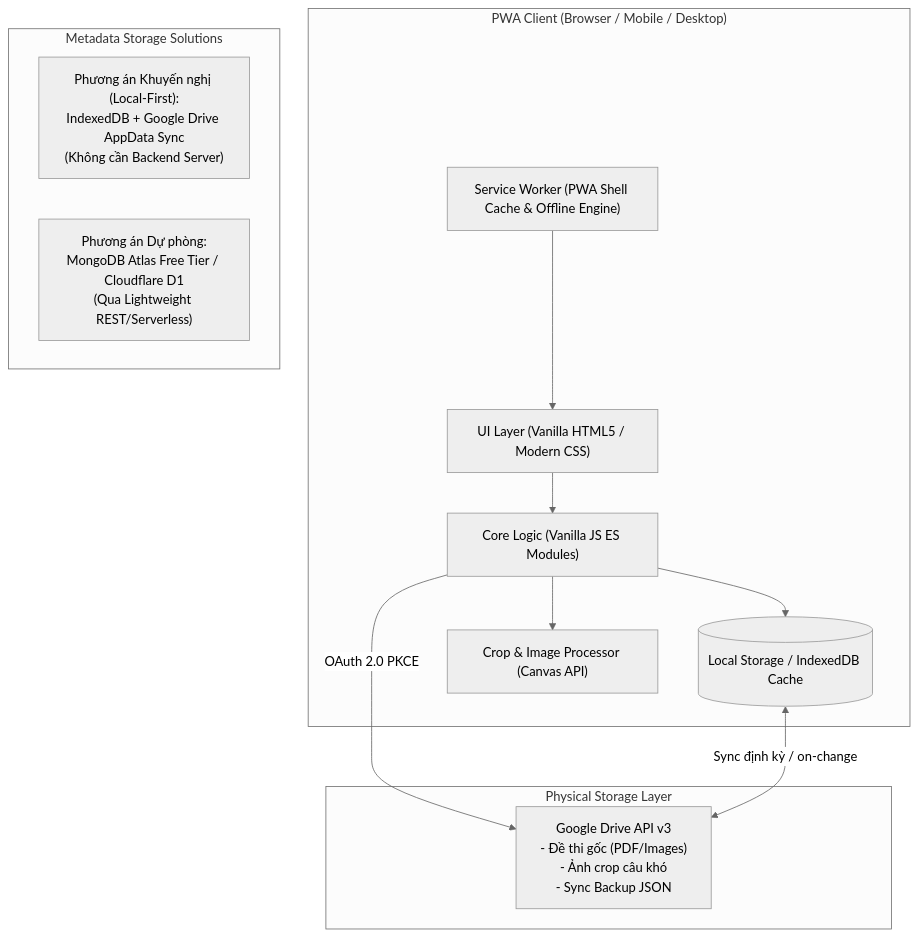
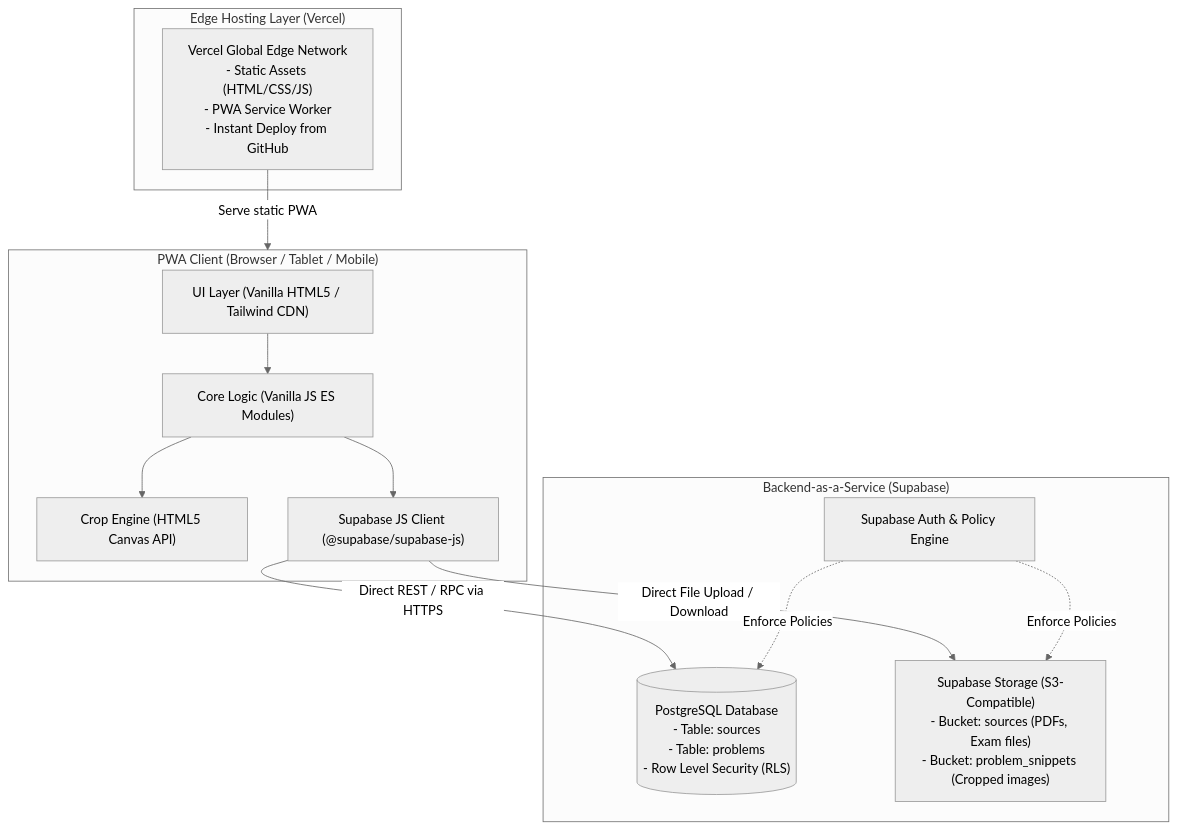
The diagram in docs/ARCHITECTURE.md (spacetimevoid/Manage), drawn with Mermaid (neutral theme) before and after one commit. The commit also changed other lines of this file and 1 other file, not shown here.

Commit message:
chore: pivot architecture to Supabase and Vercel, replace MongoDB with PostgreSQL schema

````diff
--- a/docs/ARCHITECTURE.md
+++ b/docs/ARCHITECTURE.md
@@ -15,26 +16,28 @@
 ```mermaid
 flowchart TD
-    subgraph Client["PWA Client (Browser / Mobile / Desktop)"]
-        UI["UI Layer (Vanilla HTML5 / Modern CSS)"]
-        AppCore["Core Logic (Vanilla JS ES Modules)"]
-        Worker["Service Worker (PWA Shell Cache & Offline Engine)"]
-        LocalDB[("Local Storage / IndexedDB Cache")]
-        CanvasCrop["Crop & Image Processor (Canvas API)"]
+    subgraph Hosting["Edge Hosting Layer (Vercel)"]
+        VercelCDN["Vercel Global Edge Network\n- Static Assets (HTML/CSS/JS)\n- PWA Service Worker\n- Instant Deploy from GitHub"]
     end
 
-    subgraph ExternalStorage["Physical Storage Layer"]
-        GDrive["Google Drive API v3\n- Đề thi gốc (PDF/Images)\n- Ảnh crop câu khó\n- Sync Backup JSON"]
+    subgraph Client["PWA Client (Browser / Tablet / Mobile)"]
+        UI["UI Layer (Vanilla HTML5 / Tailwind CDN)"]
+        AppCore["Core Logic (Vanilla JS ES Modules)"]
+        CanvasCrop["Crop Engine (HTML5 Canvas API)"]
+        SupaClient["Supabase JS Client (@supabase/supabase-js)"]
     end
 
-    subgraph MetadataLayer["Metadata Storage Solutions"]
-        OptionLocal["Phương án Khuyến nghị (Local-First):\nIndexedDB + Google Drive AppData Sync\n(Không cần Backend Server)"]
-        OptionCloud["Phương án Dự phòng:\nMongoDB Atlas Free Tier / Cloudflare D1\n(Qua Lightweight REST/Serverless)"]
+    subgraph BaaS["Backend-as-a-Service (Supabase)"]
+        Postgres[("PostgreSQL Database\n- Table: sources\n- Table: problems\n- Row Level Security (RLS)")]
+        Storage["Supabase Storage (S3-Compatible)\n- Bucket: sources (PDFs, Exam files)\n- Bucket: problem_snippets (Cropped images)"]
+        AuthRLS["Supabase Auth & Policy Engine"]
     end
 
+    VercelCDN -->|Serve static PWA| Client
     UI --> AppCore
     AppCore --> CanvasCrop
-    AppCore --> LocalDB
-    AppCore -->|OAuth 2.0 PKCE| GDrive
-    LocalDB <-->|Sync định kỳ / on-change| GDrive
-    Worker --> UI
+    AppCore --> SupaClient
+    SupaClient -->|Direct REST / RPC via HTTPS| Postgres
+    SupaClient -->|Direct File Upload / Download| Storage
+    AuthRLS -.->|Enforce Policies| Postgres
+    AuthRLS -.->|Enforce Policies| Storage
 ```
````
